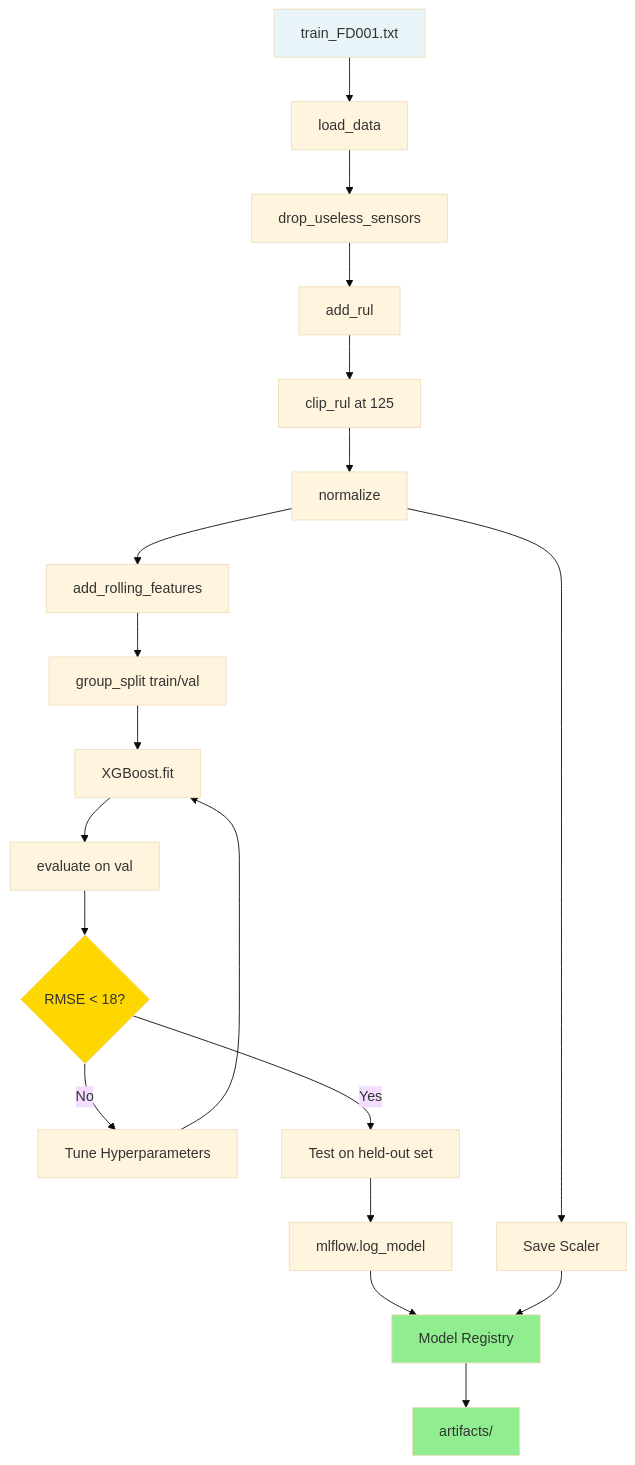
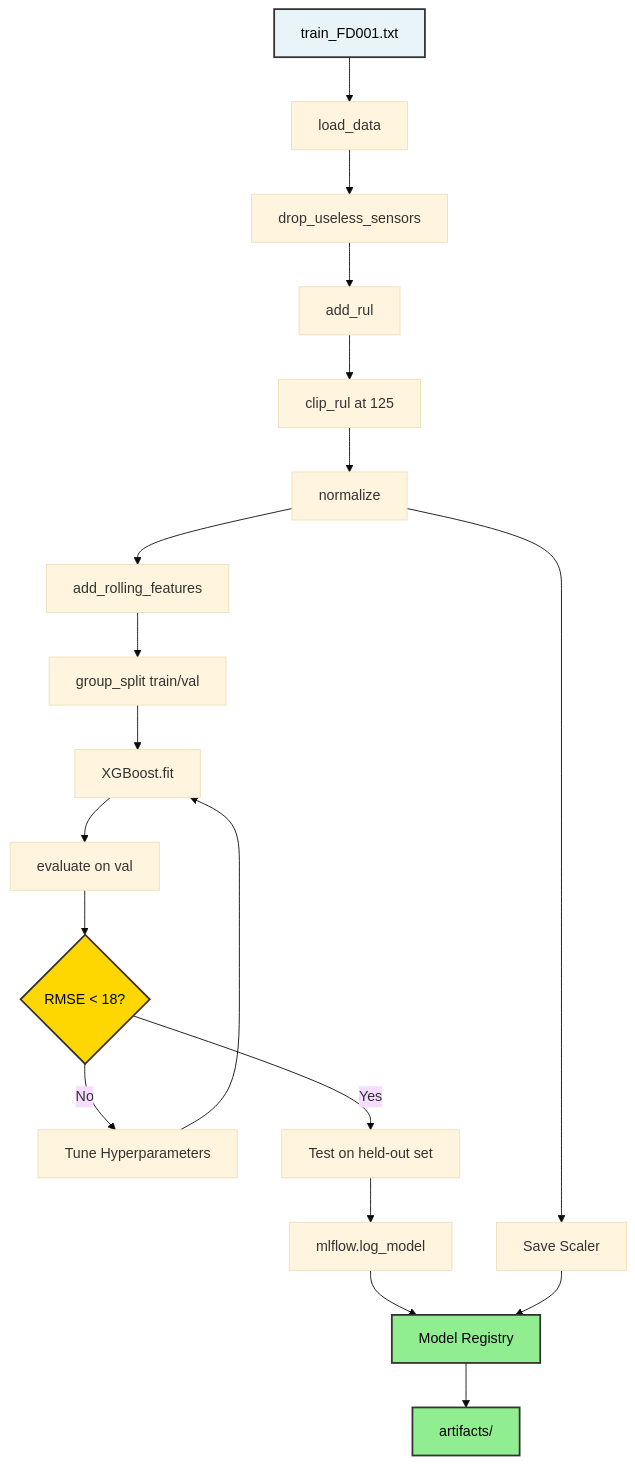
One commit to nasim-raj-laskar/Real-Time-Aircraft-Engine-Predictive-Maintenance-System changed the second of 2 diagrams in docs/04_model_training.md. Above: the diagram before and after it, drawn with Mermaid (base theme). The commit also changed other lines of this file and 8 other files, not shown here.

````diff
--- a/docs/04_model_training.md
+++ b/docs/04_model_training.md
@@ -253,29 +253,29 @@
 ```mermaid
 flowchart TD
     A[train_FD001.txt] --> B[load_data]
     B --> C[drop_useless_sensors]
     C --> D[add_rul]
     D --> E[clip_rul at 125]
     E --> F[normalize]
     F --> G[add_rolling_features]
     G --> H[group_split train/val]
     
     H --> I[XGBoost.fit]
     I --> J[evaluate on val]
     J --> K{RMSE < 18?}
     K -->|No| L[Tune Hyperparameters]
     L --> I
     K -->|Yes| M[Test on held-out set]
     
     M --> N[mlflow.log_model]
     F --> O[Save Scaler]
     
     N --> P[Model Registry]
     O --> P
     P --> Q[artifacts/]
     
-    style A fill:#E8F4F8
-    style K fill:#FFD700
-    style P fill:#90EE90
-    style Q fill:#90EE90
+    style A fill:#E8F4F8,stroke:#333,stroke-width:2px,color:#000
+    style K fill:#FFD700,stroke:#333,stroke-width:2px,color:#000
+    style P fill:#90EE90,stroke:#333,stroke-width:2px,color:#000
+    style Q fill:#90EE90,stroke:#333,stroke-width:2px,color:#000
 ```
````
